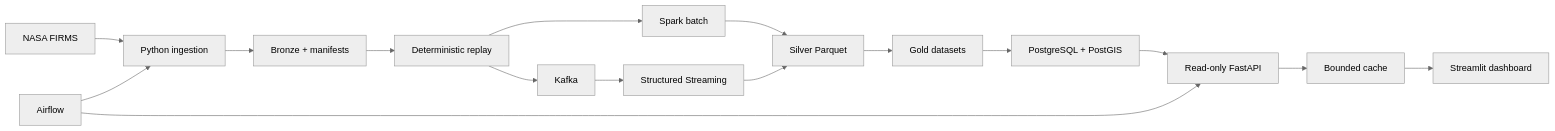
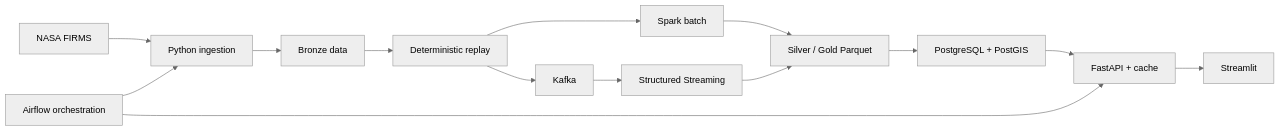
One commit to Nitheesh2325/nasa-earth-observation-event-platform changed the diagram in README.md. Above: the diagram before and after it, drawn with Mermaid (neutral theme). The commit also changed other lines of this file and 10 other files, not shown here.

````diff
--- a/README.md
+++ b/README.md
@@ -26,18 +15,16 @@
 ```mermaid
 flowchart LR
     NASA["NASA FIRMS"] --> INGEST["Python ingestion"]
-    INGEST --> BRONZE["Bronze + manifests"]
+    INGEST --> BRONZE["Bronze data"]
     BRONZE --> REPLAY["Deterministic replay"]
     REPLAY --> KAFKA["Kafka"]
     REPLAY --> BATCH["Spark batch"]
     KAFKA --> STREAM["Structured Streaming"]
-    BATCH --> SILVER["Silver Parquet"]
-    STREAM --> SILVER
-    SILVER --> GOLD["Gold datasets"]
-    GOLD --> POSTGIS["PostgreSQL + PostGIS"]
-    POSTGIS --> API["Read-only FastAPI"]
-    API --> CACHE["Bounded cache"]
-    CACHE --> DASH["Streamlit dashboard"]
-    AIRFLOW["Airflow"] --> INGEST
+    BATCH --> PARQUET["Silver / Gold Parquet"]
+    STREAM --> PARQUET
+    PARQUET --> POSTGIS["PostgreSQL + PostGIS"]
+    POSTGIS --> API["FastAPI + cache"]
+    API --> DASH["Streamlit"]
+    AIRFLOW["Airflow orchestration"] --> INGEST
     AIRFLOW --> API
 ```
````
